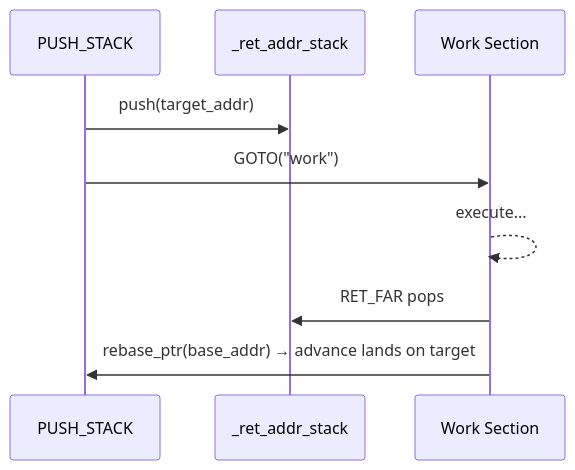
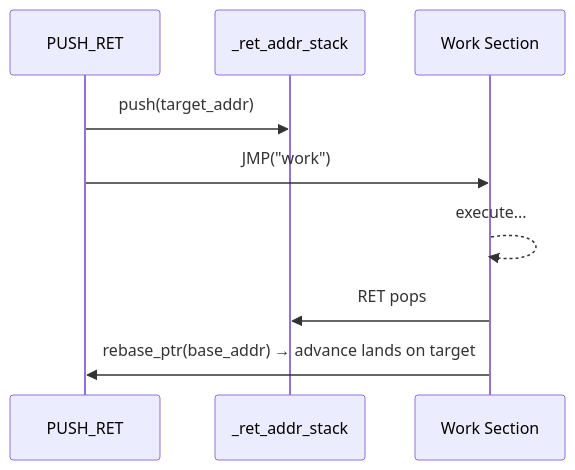
Before and after one commit to AmritaBot/AmritaSense: the diagram in docs/guide/practice/manual-stack-management.md, drawn with Mermaid. The commit also changed other lines of this file and 112 other files, not shown here.

````diff
--- a/docs/guide/practice/manual-stack-management.md
+++ b/docs/guide/practice/manual-stack-management.md
@@ -17,12 +17,12 @@
 ```mermaid
 sequenceDiagram
-    participant N as PUSH_STACK
+    participant N as PUSH_RET
     participant S as _ret_addr_stack
     participant W as Work Section
 
     N->>S: push(target_addr)
-    N->>W: GOTO("work")
+    N->>W: JMP("work")
     W-->>W: execute...
-    W->>S: RET_FAR pops
+    W->>S: RET pops
     W->>N: rebase_ptr(base_addr) → advance lands on target
 ```
````
